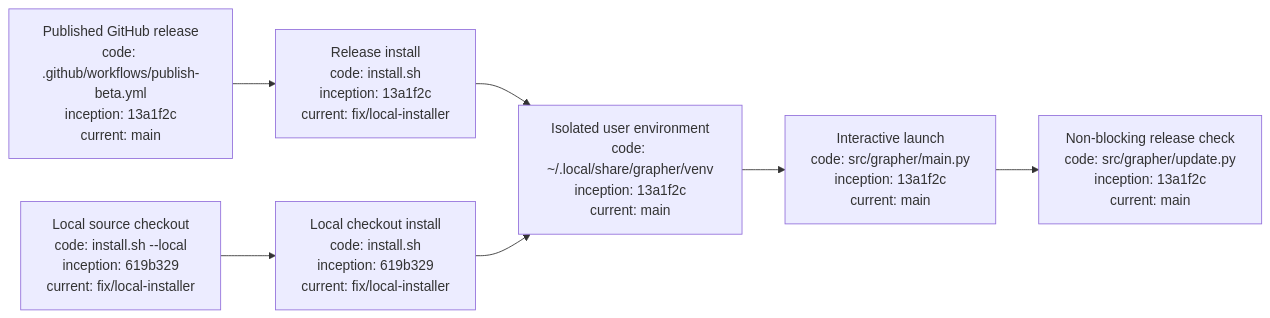
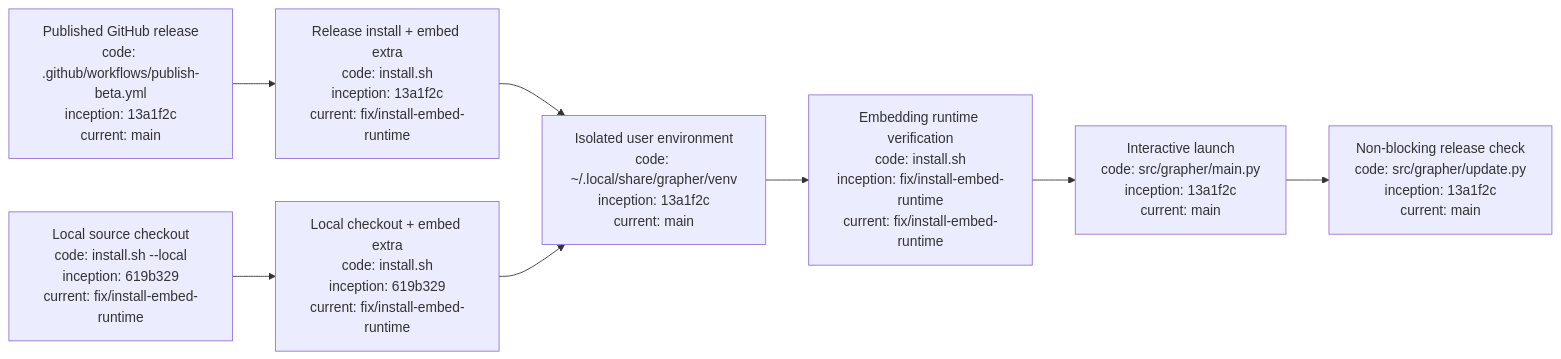
One commit to seanbman/grapher changed the diagram in docs/INSTALLATION_AND_UPDATES.md. Above: the diagram before and after it, drawn with Mermaid. The commit also changed other lines of this file and 3 other files, not shown here.

First line of the commit message:
Install semantic-search runtime by default

````diff
--- a/docs/INSTALLATION_AND_UPDATES.md
+++ b/docs/INSTALLATION_AND_UPDATES.md
@@ -129,9 +135,10 @@
 ```mermaid
 flowchart LR
-    R["Published GitHub release\ncode: .github/workflows/publish-beta.yml\ninception: 13a1f2c\ncurrent: main"] --> I["Release install\ncode: install.sh\ninception: 13a1f2c\ncurrent: fix/local-installer"]
-    L["Local source checkout\ncode: install.sh --local\ninception: 619b329\ncurrent: fix/local-installer"] --> I2["Local checkout install\ncode: install.sh\ninception: 619b329\ncurrent: fix/local-installer"]
+    R["Published GitHub release\ncode: .github/workflows/publish-beta.yml\ninception: 13a1f2c\ncurrent: main"] --> I["Release install + embed extra\ncode: install.sh\ninception: 13a1f2c\ncurrent: fix/install-embed-runtime"]
+    L["Local source checkout\ncode: install.sh --local\ninception: 619b329\ncurrent: fix/install-embed-runtime"] --> I2["Local checkout + embed extra\ncode: install.sh\ninception: 619b329\ncurrent: fix/install-embed-runtime"]
     I --> V["Isolated user environment\ncode: ~/.local/share/grapher/venv\ninception: 13a1f2c\ncurrent: main"]
     I2 --> V
-    V --> C["Interactive launch\ncode: src/grapher/main.py\ninception: 13a1f2c\ncurrent: main"]
+    V --> E["Embedding runtime verification\ncode: install.sh\ninception: fix/install-embed-runtime\ncurrent: fix/install-embed-runtime"]
+    E --> C["Interactive launch\ncode: src/grapher/main.py\ninception: 13a1f2c\ncurrent: main"]
     C --> U["Non-blocking release check\ncode: src/grapher/update.py\ninception: 13a1f2c\ncurrent: main"]
 ```
````
